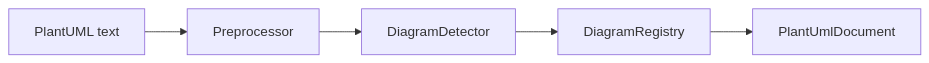
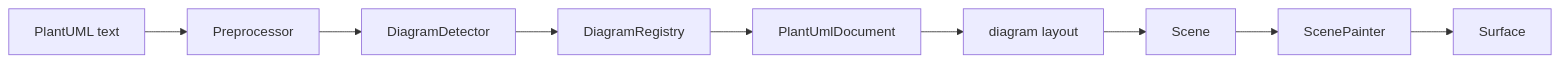
The diagram in docs/design/canvas-net-plant-uml.md (demaconsulting/CanvasNet), drawn with Mermaid before and after one commit. The commit also changed other lines of this file and 70 other files, not shown here.

First line of the commit message:
Add PlantUml Styling and Scenegraph subsystems and the render pipeline

````diff
--- a/docs/design/canvas-net-plant-uml.md
+++ b/docs/design/canvas-net-plant-uml.md
@@ -38,7 +48,11 @@
 ```mermaid
 flowchart LR
     text[PlantUML text] --> pre[Preprocessor]
     pre --> det[DiagramDetector]
     det --> reg[DiagramRegistry]
     reg --> doc[PlantUmlDocument]
+    doc --> lay[diagram layout]
+    lay --> scene[Scene]
+    scene --> paint[ScenePainter]
+    paint --> surface[Surface]
 ```
````
